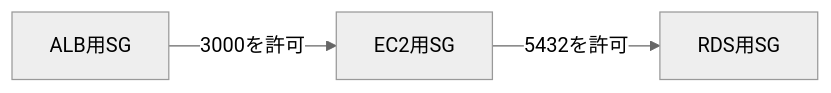
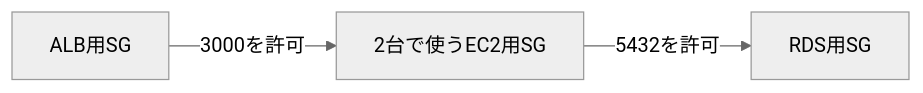
One commit to TORIFUKUKaiou/rails-dojo-year2-content changed the seventh of 8 diagrams in 12/orientation.md. Above: the diagram before and after it, drawn with Mermaid (neutral theme). The commit also changed other lines of this file, not shown here.

````diff
--- a/12/orientation.md
+++ b/12/orientation.md
@@ -134,5 +153,5 @@
 ```mermaid
 flowchart LR
-  ALBSG["ALB用SG"] -->|"3000を許可"| EC2SG["EC2用SG"]
+  ALBSG["ALB用SG"] -->|"3000を許可"| EC2SG["2台で使うEC2用SG"]
   EC2SG -->|"5432を許可"| RDSSG["RDS用SG"]
 ```
````
